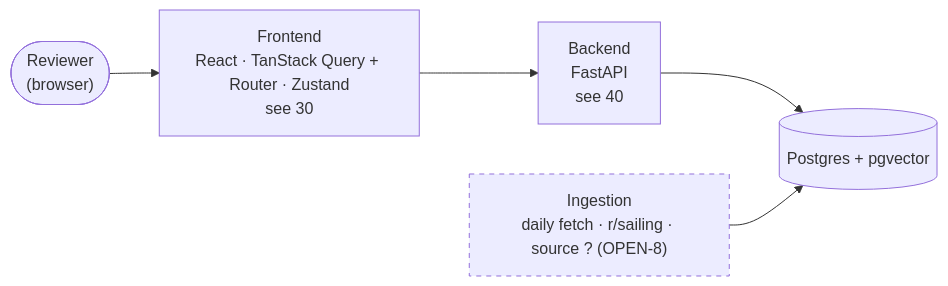
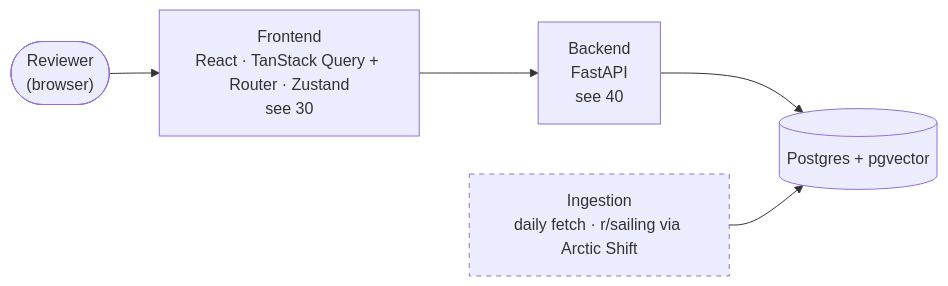
Before and after one commit to brianaderer/transcendent: the diagram in docs/atlas/01-system-map.md, drawn with Mermaid. The commit also changed other lines of this file and 2 other files, not shown here.

Commit message:
Atlas: posts come from Arctic Shift (OPEN-8 resolved)

````diff
--- a/docs/atlas/01-system-map.md
+++ b/docs/atlas/01-system-map.md
@@ -9,16 +9,16 @@
 ```mermaid
 flowchart LR
     USER(["Reviewer<br/>(browser)"])
     FE["Frontend<br/>React · TanStack Query + Router · Zustand<br/>see 30"]
     API["Backend<br/>FastAPI<br/>see 40"]
     STORE[("Postgres + pgvector")]
-    INGEST["Ingestion<br/>daily fetch · r/sailing · source ? (OPEN-8)"]
+    INGEST["Ingestion<br/>daily fetch · r/sailing via Arctic Shift"]
 
     USER --> FE
     FE --> API
     API --> STORE
     INGEST --> STORE
 
     classDef open stroke-dasharray: 5 5
     class INGEST open
 ```
````
